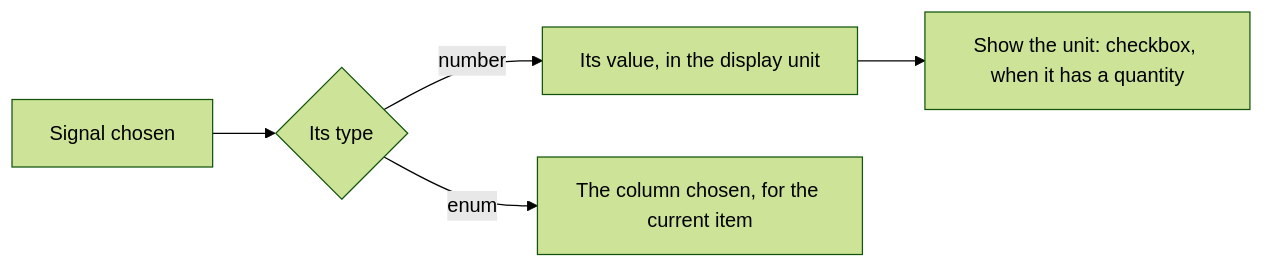
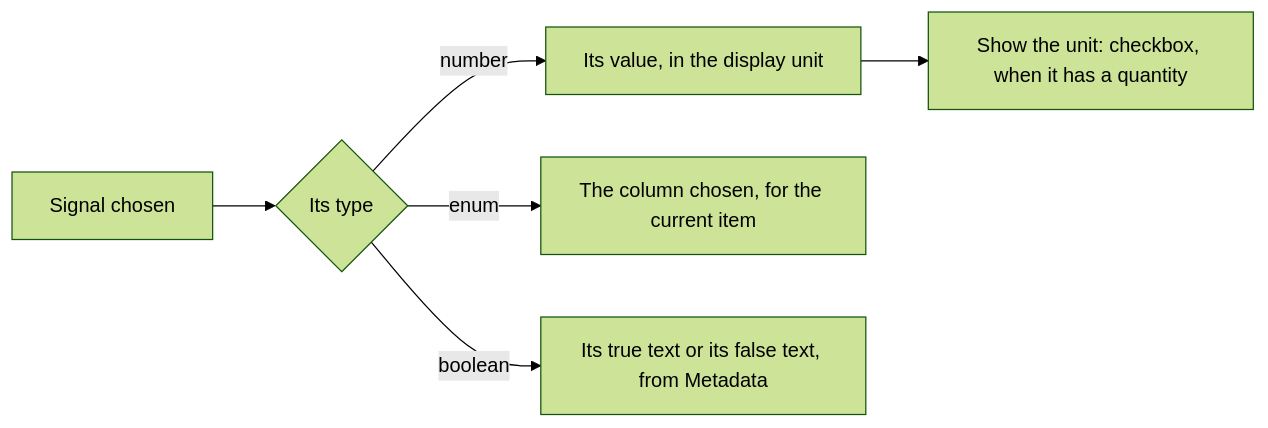
The second of 4 diagrams in symbols/08-animation-mode/README.md (AlexandreGallais/synoptic-studio-spec), drawn with Mermaid (forest theme) before and after one commit. The commit also changed other lines of this file and 5 other files, not shown here.

First line of the commit message:
docs(animation): bring colour per state into v1 and show a boolean text

````diff
--- a/symbols/08-animation-mode/README.md
+++ b/symbols/08-animation-mode/README.md
@@ -57,7 +58,8 @@
 ```mermaid
 flowchart LR
     S["Signal chosen"] --> N{"Its type"}
     N -->|"number"| V["Its value, in the display unit"]
     V --> U["Show the unit: checkbox, when it has a quantity"]
     N -->|"enum"| C["The column chosen, for the current item"]
+    N -->|"boolean"| B["Its true text or its false text, from Metadata"]
 ```
````
